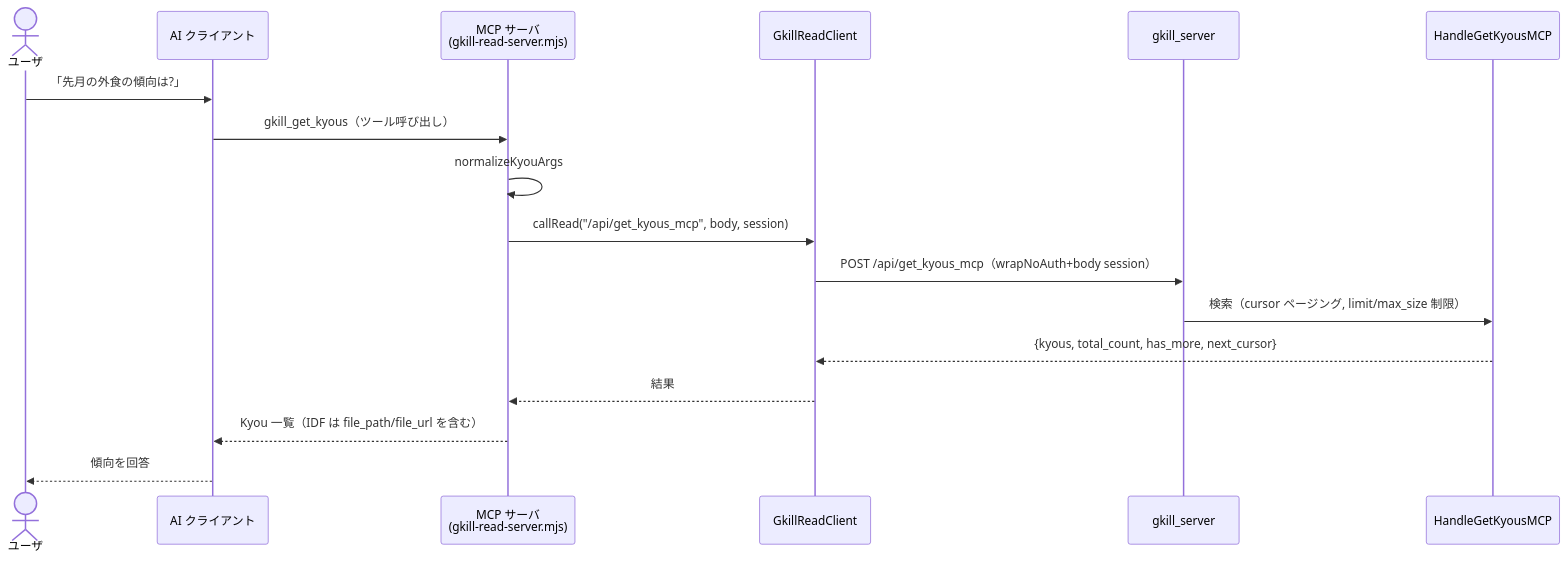
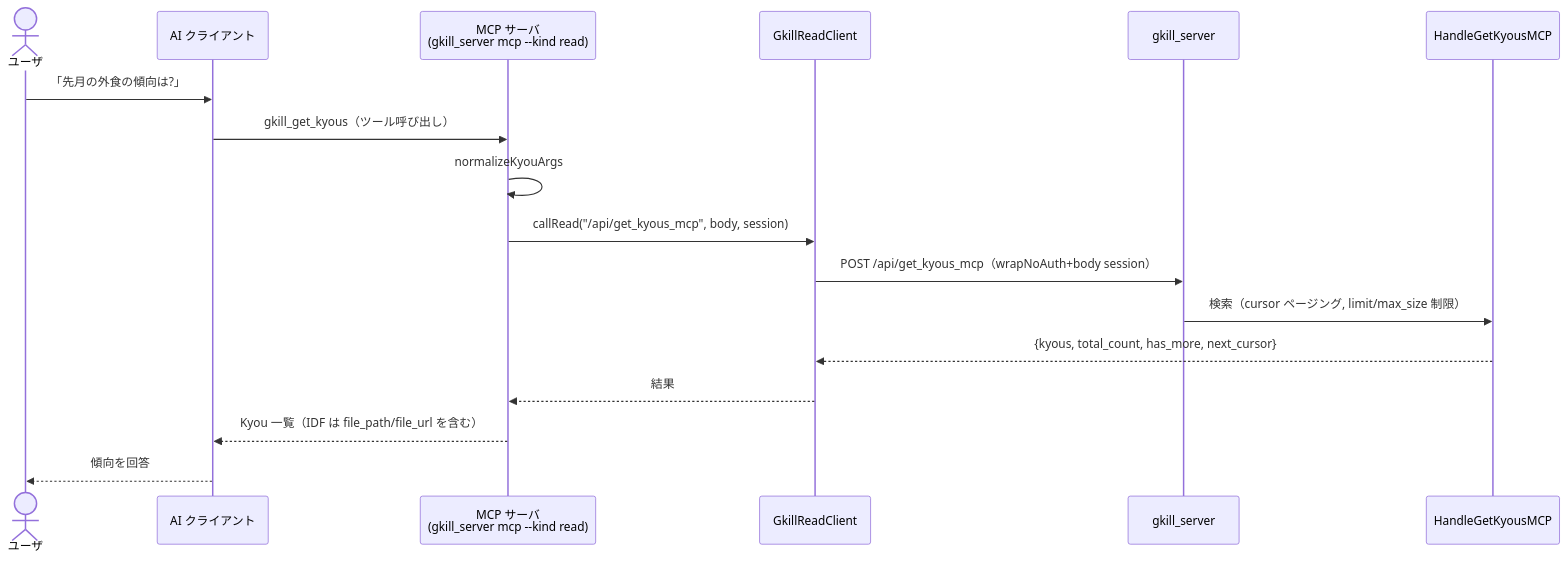
Diagram 20 of 25 in documents/reverse/scenario.md (mt3hr/gkill), drawn with Mermaid before and after one commit. The commit also changed other lines of this file and 251 other files, not shown here.

````diff
--- a/documents/reverse/scenario.md
+++ b/documents/reverse/scenario.md
@@ -668,20 +668,20 @@
 ```mermaid
 sequenceDiagram
     actor User as ユーザ
     participant AI as AI クライアント
-    participant MCP as MCP サーバ<br>(gkill-read-server.mjs)
+    participant MCP as MCP サーバ<br>(gkill_server mcp --kind read)
     participant Client as GkillReadClient
     participant API as gkill_server
     participant Handler as HandleGetKyousMCP
 
     User->>AI: 「先月の外食の傾向は?」
     AI->>MCP: gkill_get_kyous（ツール呼び出し）
     MCP->>MCP: normalizeKyouArgs
     MCP->>Client: callRead("/api/get_kyous_mcp", body, session)
     Client->>API: POST /api/get_kyous_mcp（wrapNoAuth+body session）
     API->>Handler: 検索（cursor ページング, limit/max_size 制限）
     Handler-->>Client: {kyous, total_count, has_more, next_cursor}
     Client-->>MCP: 結果
     MCP-->>AI: Kyou 一覧（IDF は file_path/file_url を含む）
     AI-->>User: 傾向を回答
 ```
````
